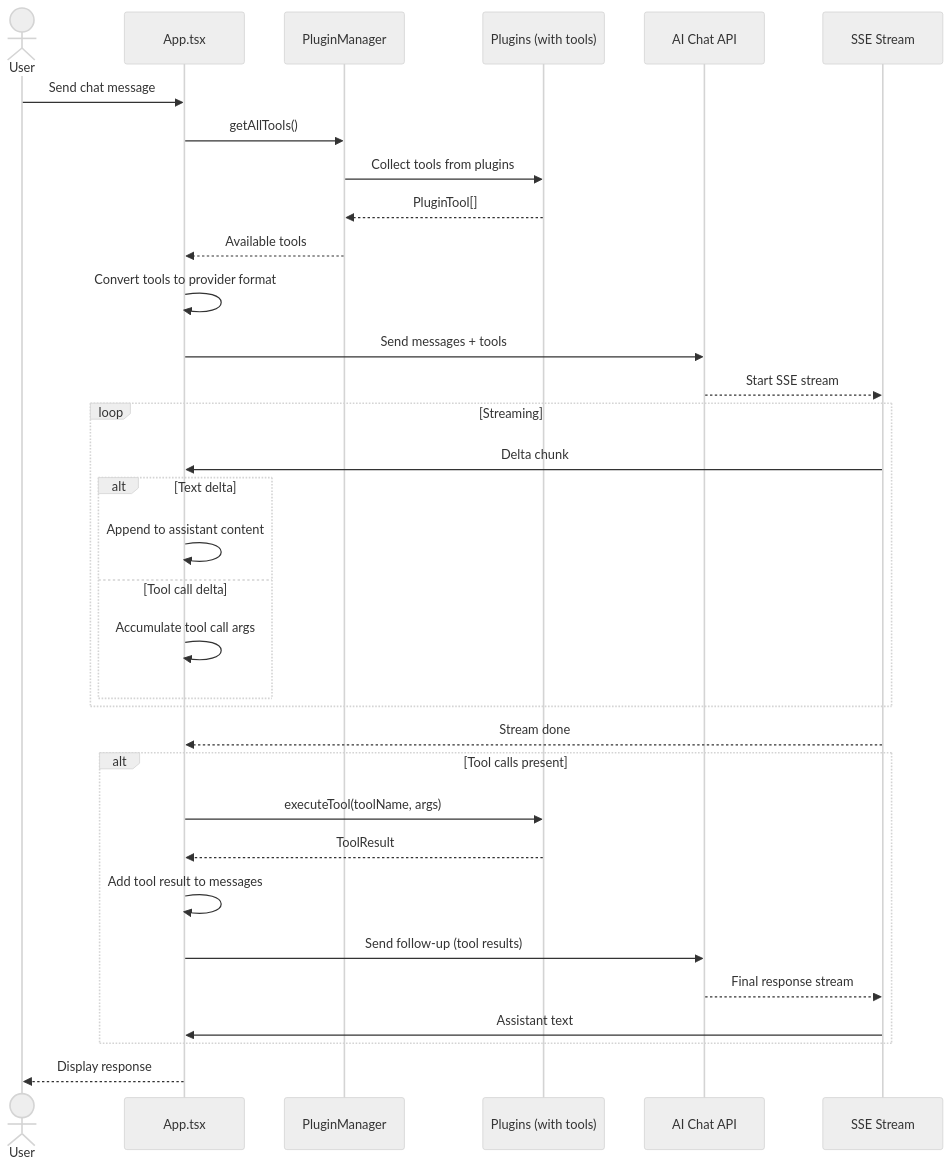
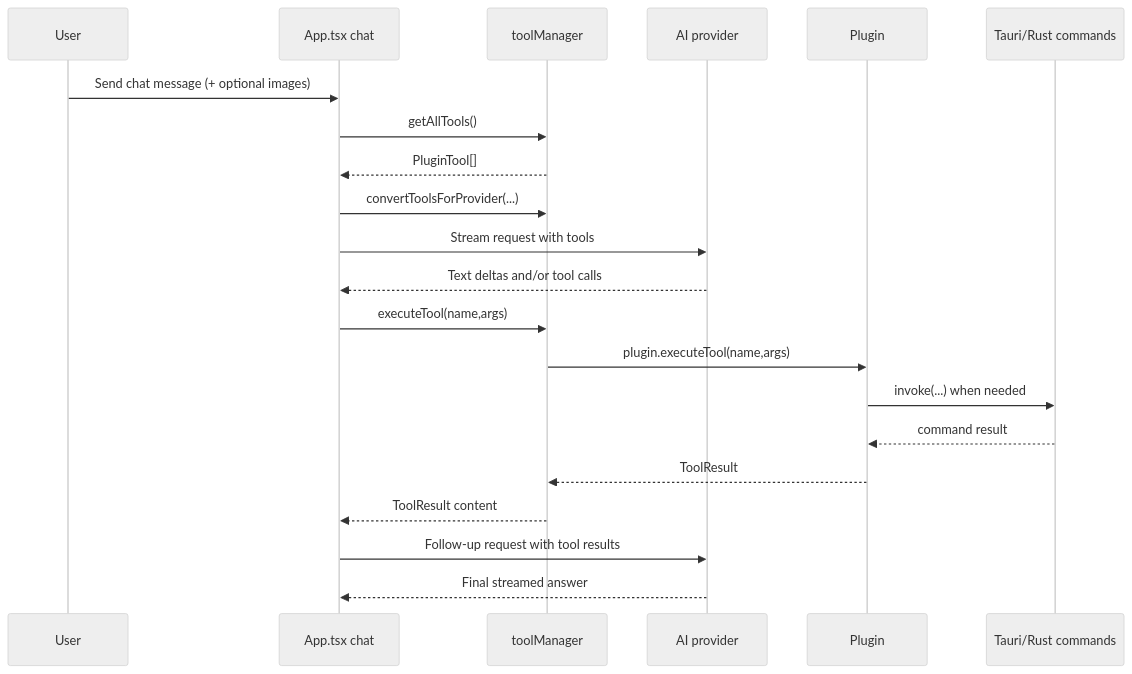
The second of 2 diagrams in arch/plugin-tools.md (RickyDane/gquick), drawn with Mermaid (neutral theme) before and after one commit. The commit also changed other lines of this file and 44 other files, not shown here.

````diff
--- a/arch/plugin-tools.md
+++ b/arch/plugin-tools.md
@@ -13,41 +61,24 @@
 ```mermaid
 sequenceDiagram
-    actor User
-    participant App as App.tsx
-    participant PM as PluginManager
-    participant PP as Plugins (with tools)
-    participant AC as AI Chat API
-    participant Stream as SSE Stream
+  participant User
+  participant App as App.tsx chat
+  participant TM as toolManager
+  participant AI as AI provider
+  participant Plugin
+  participant Rust as Tauri/Rust commands
 
-    User->>App: Send chat message
-    App->>PM: getAllTools()
-    PM->>PP: Collect tools from plugins
-    PP-->>PM: PluginTool[]
-    PM-->>App: Available tools
-
-    App->>App: Convert tools to provider format
-    App->>AC: Send messages + tools
-    AC-->>Stream: Start SSE stream
-
-    loop Streaming
-        Stream->>App: Delta chunk
-        alt Text delta
-            App->>App: Append to assistant content
-        else Tool call delta
-            App->>App: Accumulate tool call args
-        end
-    end
-
-    Stream-->>App: Stream done
-
-    alt Tool calls present
-        App->>PP: executeTool(toolName, args)
-        PP-->>App: ToolResult
-        App->>App: Add tool result to messages
-        App->>AC: Send follow-up (tool results)
-        AC-->>Stream: Final response stream
-        Stream->>App: Assistant text
-    end
-
-    App-->>User: Display response
+  User->>App: Send chat message (+ optional images)
+  App->>TM: getAllTools()
+  TM-->>App: PluginTool[]
+  App->>TM: convertToolsForProvider(...)
+  App->>AI: Stream request with tools
+  AI-->>App: Text deltas and/or tool calls
+  App->>TM: executeTool(name,args)
+  TM->>Plugin: plugin.executeTool(name,args)
+  Plugin->>Rust: invoke(...) when needed
+  Rust-->>Plugin: command result
+  Plugin-->>TM: ToolResult
+  TM-->>App: ToolResult content
+  App->>AI: Follow-up request with tool results
+  AI-->>App: Final streamed answer
 ```
````
